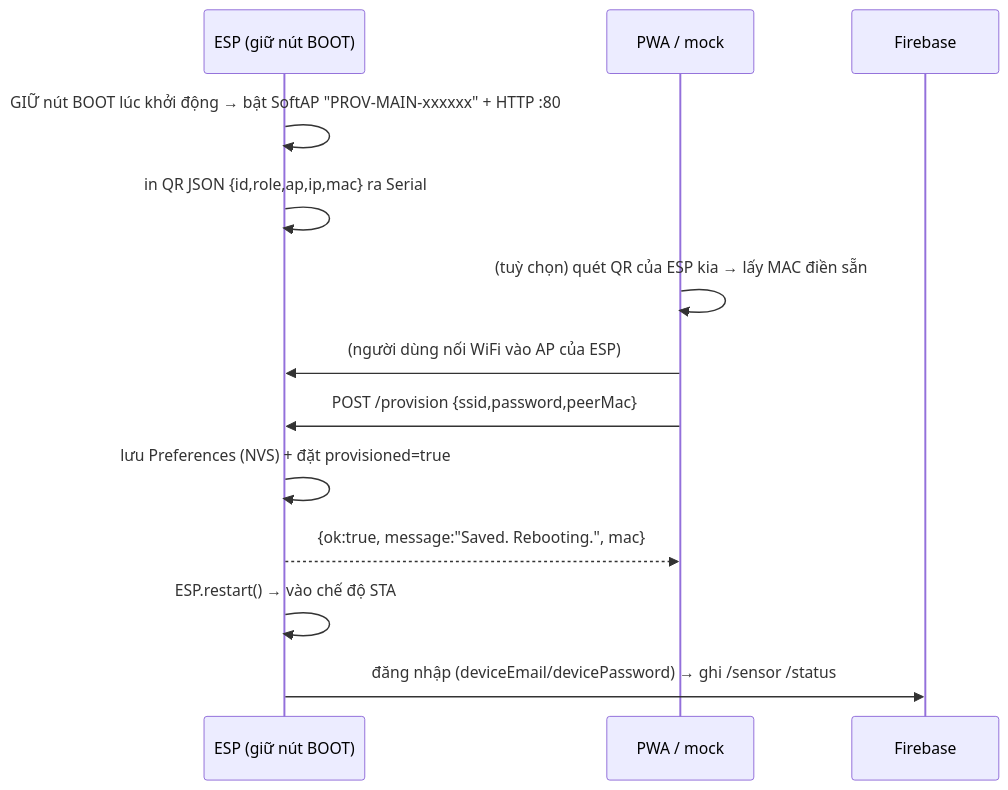
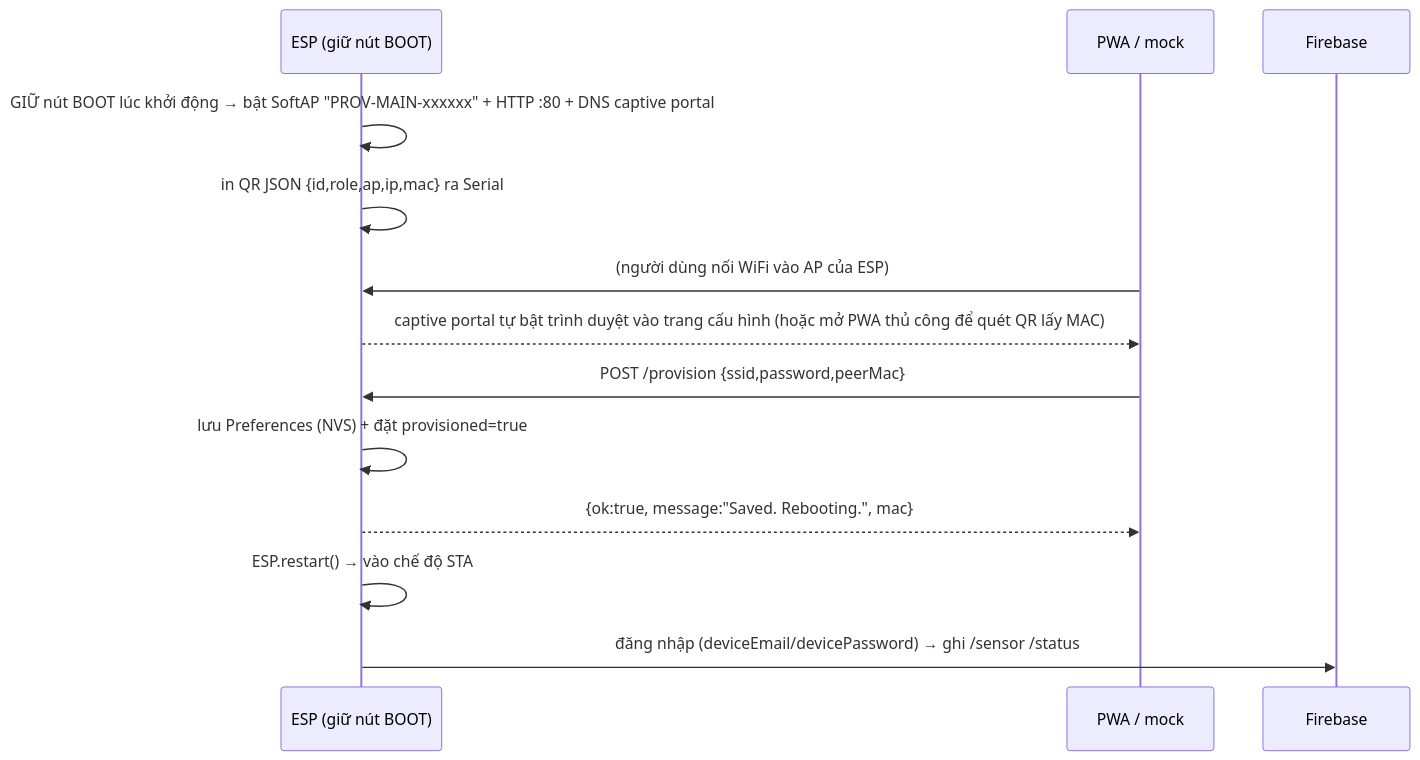
Before and after one commit to 2591317-student/smart-humidity-iot: the fourth of 5 diagrams in docs/ARCHITECTURE.md, drawn with Mermaid. The commit also changed other lines of this file and 24 other files, not shown here.

````diff
--- a/docs/ARCHITECTURE.md
+++ b/docs/ARCHITECTURE.md
@@ -123,16 +124,16 @@
 ```mermaid
 sequenceDiagram
     participant ESP as ESP (giữ nút BOOT)
     participant PWA as PWA / mock
     participant FB as Firebase
 
-    ESP->>ESP: GIỮ nút BOOT lúc khởi động → bật SoftAP "PROV-MAIN-xxxxxx" + HTTP :80
+    ESP->>ESP: GIỮ nút BOOT lúc khởi động → bật SoftAP "PROV-MAIN-xxxxxx" + HTTP :80 + DNS captive portal
     ESP->>ESP: in QR JSON {id,role,ap,ip,mac} ra Serial
-    PWA->>PWA: (tuỳ chọn) quét QR của ESP kia → lấy MAC điền sẵn
     PWA->>ESP: (người dùng nối WiFi vào AP của ESP)
+    ESP-->>PWA: captive portal tự bật trình duyệt vào trang cấu hình (hoặc mở PWA thủ công để quét QR lấy MAC)
     PWA->>ESP: POST /provision {ssid,password,peerMac}
     ESP->>ESP: lưu Preferences (NVS) + đặt provisioned=true
     ESP-->>PWA: {ok:true, message:"Saved. Rebooting.", mac}
     ESP->>ESP: ESP.restart() → vào chế độ STA
     ESP->>FB: đăng nhập (deviceEmail/devicePassword) → ghi /sensor /status
 ```
````
